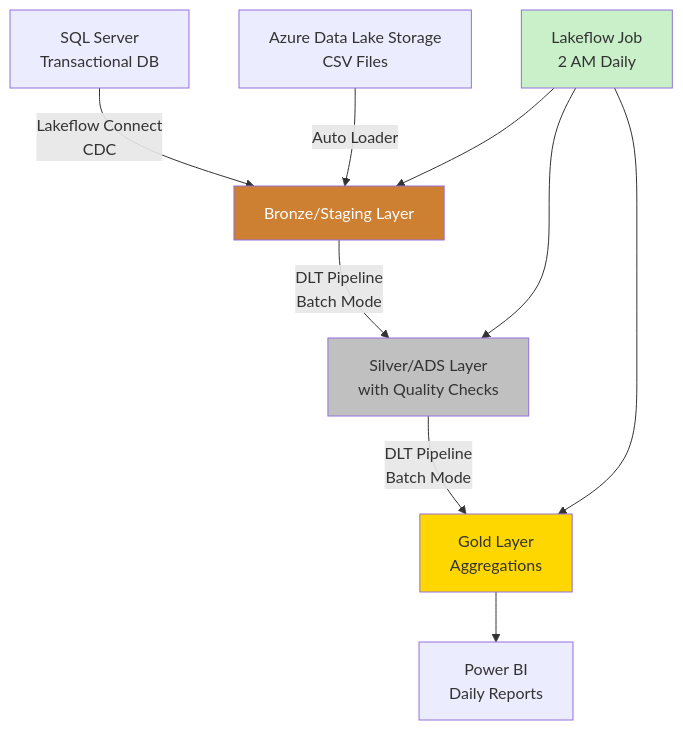
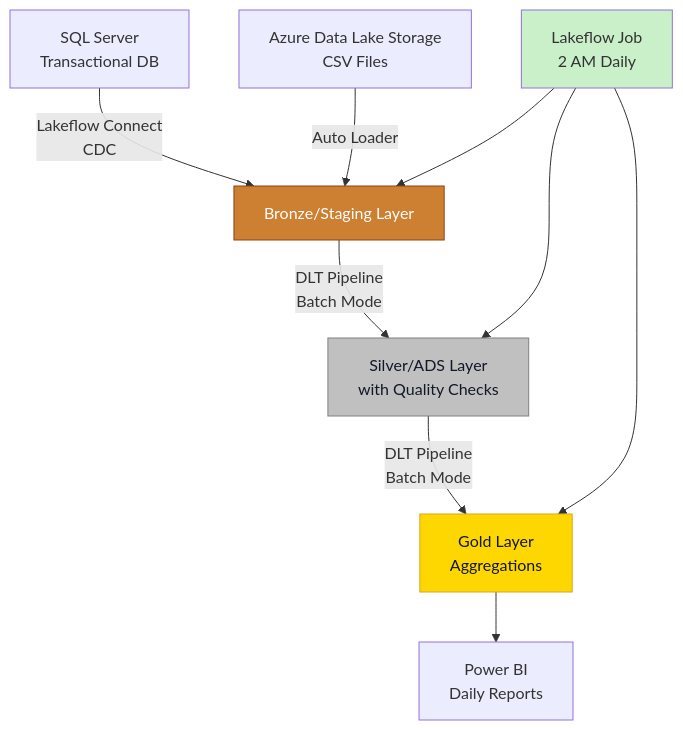
The eighth of 8 diagrams in docs/technical-guidelines/databricks/lakeflow-etl-guide.md (PlainsightPro/Vision-Playbook), drawn with Mermaid before and after one commit. The commit also changed other lines of this file and 62 other files, not shown here.

````diff
--- a/docs/technical-guidelines/databricks/lakeflow-etl-guide.md
+++ b/docs/technical-guidelines/databricks/lakeflow-etl-guide.md
@@ -612,19 +614,23 @@
 ```mermaid
 %%{init: { "flowchart": { "useMaxWidth": true } } }%%
 flowchart TD
     A[SQL Server<br/>Transactional DB] -->|Lakeflow Connect<br/>CDC| B[Bronze/Staging Layer]
     C[Azure Data Lake Storage<br/>CSV Files] -->|Auto Loader| B
     
     B -->|DLT Pipeline<br/>Batch Mode| D[Silver/ADS Layer<br/>with Quality Checks]
     D -->|DLT Pipeline<br/>Batch Mode| E[Gold Layer<br/>Aggregations]
     E --> F[Power BI<br/>Daily Reports]
     
     G[Lakeflow Job<br/>2 AM Daily] --> B
     G --> D
     G --> E
     
-    style B fill:#cd7f32,color:#fff
-    style D fill:#c0c0c0
-    style E fill:#ffd700
+    classDef bronze fill:#CD7F32,stroke:#8B4513,stroke-width:1px,color:#FFFFFF
+    classDef silver fill:#C0C0C0,stroke:#808080,stroke-width:1px,color:#111827
+    classDef gold fill:#FFD700,stroke:#DAA520,stroke-width:1px,color:#111827
+
+    class B bronze
+    class D silver
+    class E gold
     style G fill:#c9f0c9
 ```
````
